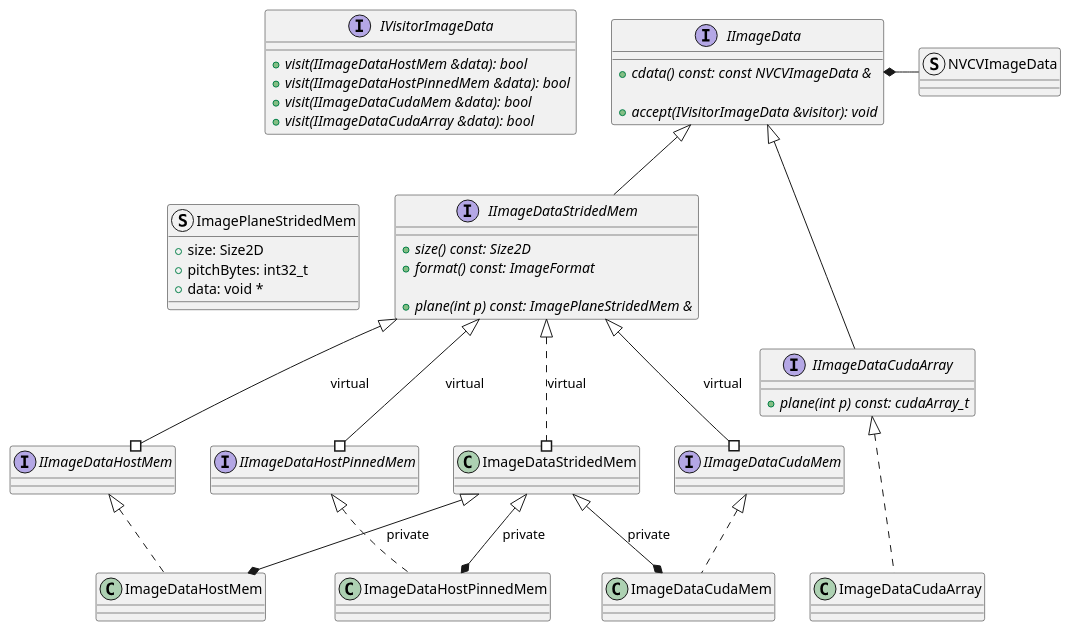
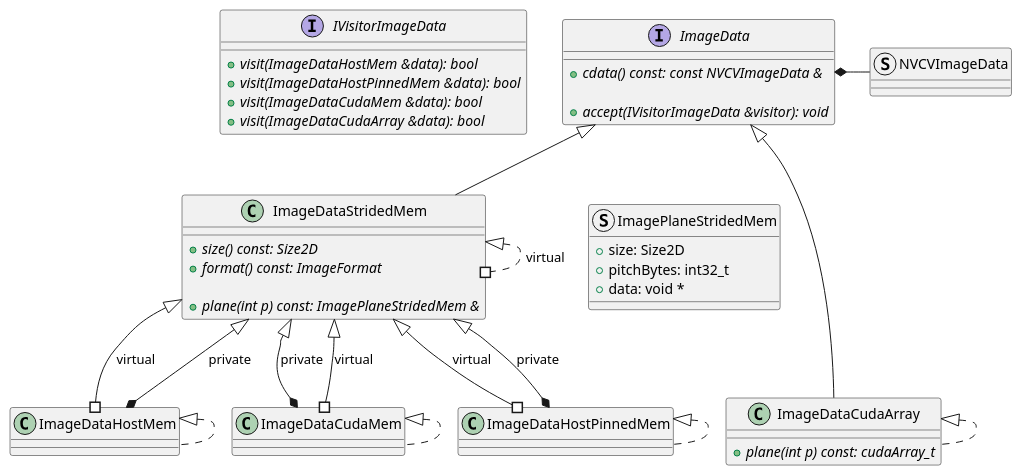
One commit to CVCUDA/CV-CUDA changed the diagram in docs/design/image_data_future_classes.puml. Above: the diagram before and after it, drawn with PlantUML. The commit also changed other lines of this file and 479 other files, not shown here.

```diff
--- a/docs/design/image_data_future_classes.puml
+++ b/docs/design/image_data_future_classes.puml
@@ -13,86 +13,86 @@
 @startuml
 
 struct ImagePlaneStridedMem
 {
     + size: Size2D
     + pitchBytes: int32_t
     + data: void *
 }
 
 struct NVCVImageData
 
 interface IVisitorImageData
 {
-    + {abstract} visit(IImageDataHostMem &data): bool
-    + {abstract} visit(IImageDataHostPinnedMem &data): bool
-    + {abstract} visit(IImageDataCudaMem &data): bool
-    + {abstract} visit(IImageDataCudaArray &data): bool
+    + {abstract} visit(ImageDataHostMem &data): bool
+    + {abstract} visit(ImageDataHostPinnedMem &data): bool
+    + {abstract} visit(ImageDataCudaMem &data): bool
+    + {abstract} visit(ImageDataCudaArray &data): bool
 }
 
-interface IImageData
+interface ImageData
 {
     + {abstract} cdata() const: const NVCVImageData &
 
     + {abstract} accept(IVisitorImageData &visitor): void
 }
 
-IImageData *-right- NVCVImageData
-IImageData -[hidden]left- IVisitorImageData
+ImageData *-right- NVCVImageData
+ImageData -[hidden]left- IVisitorImageData
 
-interface IImageDataCudaArray extends IImageData
+interface ImageDataCudaArray extends ImageData
 {
     + {abstract} plane(int p) const: cudaArray_t
 }
 
-interface IImageDataStridedMem extends IImageData
+interface ImageDataStridedMem extends ImageData
 {
     + {abstract} size() const: Size2D
     + {abstract} format() const: ImageFormat
 
     + {abstract} plane(int p) const: ImagePlaneStridedMem &
 }
 
-IImageDataStridedMem -[hidden]left- ImagePlaneStridedMem
+ImageDataStridedMem -[hidden]left- ImagePlaneStridedMem
 
-interface IImageDataHostMem
+interface ImageDataHostMem
 {
 }
-IImageDataStridedMem <|--# IImageDataHostMem: virtual
+ImageDataStridedMem <|--# ImageDataHostMem: virtual
 
-interface IImageDataHostPinnedMem
+interface ImageDataHostPinnedMem
 {
 }
-IImageDataStridedMem <|--# IImageDataHostPinnedMem: virtual
+ImageDataStridedMem <|--# ImageDataHostPinnedMem: virtual
 
-interface IImageDataCudaMem
+interface ImageDataCudaMem
 {
 }
-IImageDataStridedMem <|--# IImageDataCudaMem: virtual
+ImageDataStridedMem <|--# ImageDataCudaMem: virtual
 
-class ImageDataCudaArray implements IImageDataCudaArray
+class ImageDataCudaArray implements ImageDataCudaArray
 {
 }
 
 class ImageDataStridedMem
 {
 }
-IImageDataStridedMem <|..# ImageDataStridedMem: virtual
+ImageDataStridedMem <|..# ImageDataStridedMem: virtual
 
-class ImageDataHostMem implements IImageDataHostMem
+class ImageDataHostMem implements ImageDataHostMem
 {
 }
 ImageDataStridedMem <|--* ImageDataHostMem: private
 
-class ImageDataHostPinnedMem implements IImageDataHostPinnedMem
+class ImageDataHostPinnedMem implements ImageDataHostPinnedMem
 {
 }
 ImageDataStridedMem <|--* ImageDataHostPinnedMem: private
 
-class ImageDataCudaMem implements IImageDataCudaMem
+class ImageDataCudaMem implements ImageDataCudaMem
 {
 }
 ImageDataStridedMem <|--* ImageDataCudaMem: private
 
 ImageDataCudaArray -[hidden]left- ImageDataCudaMem
 
 @enduml
```
